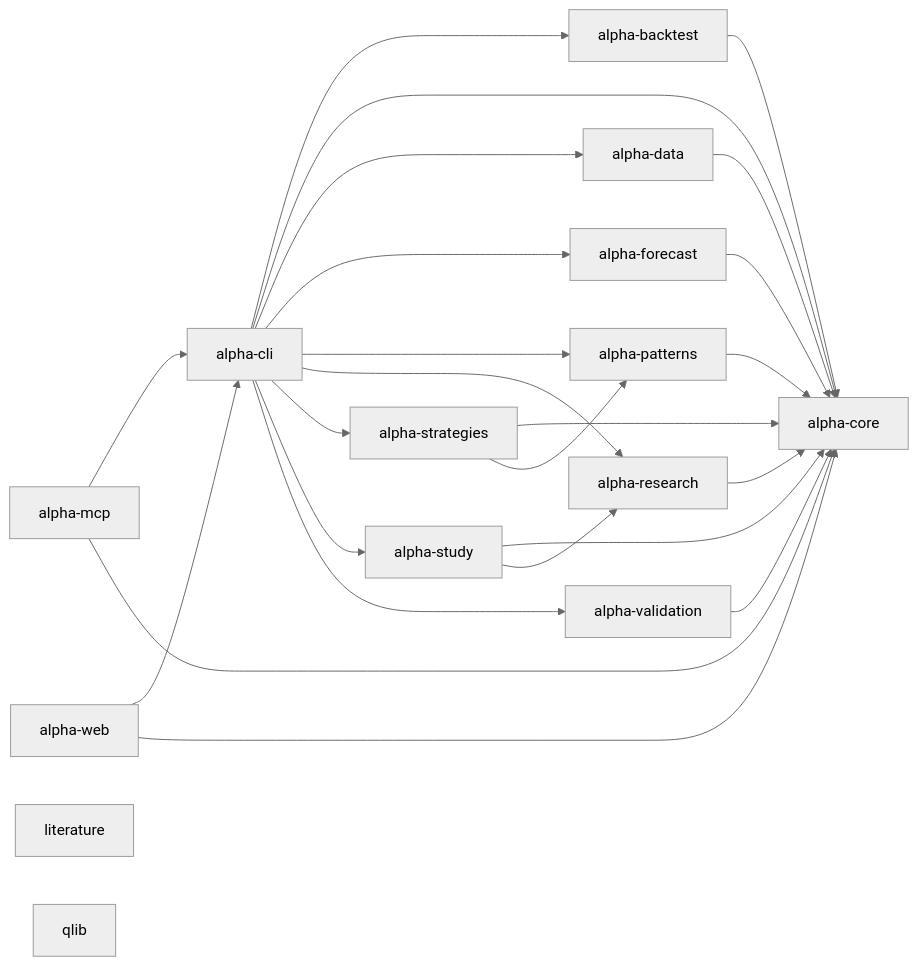
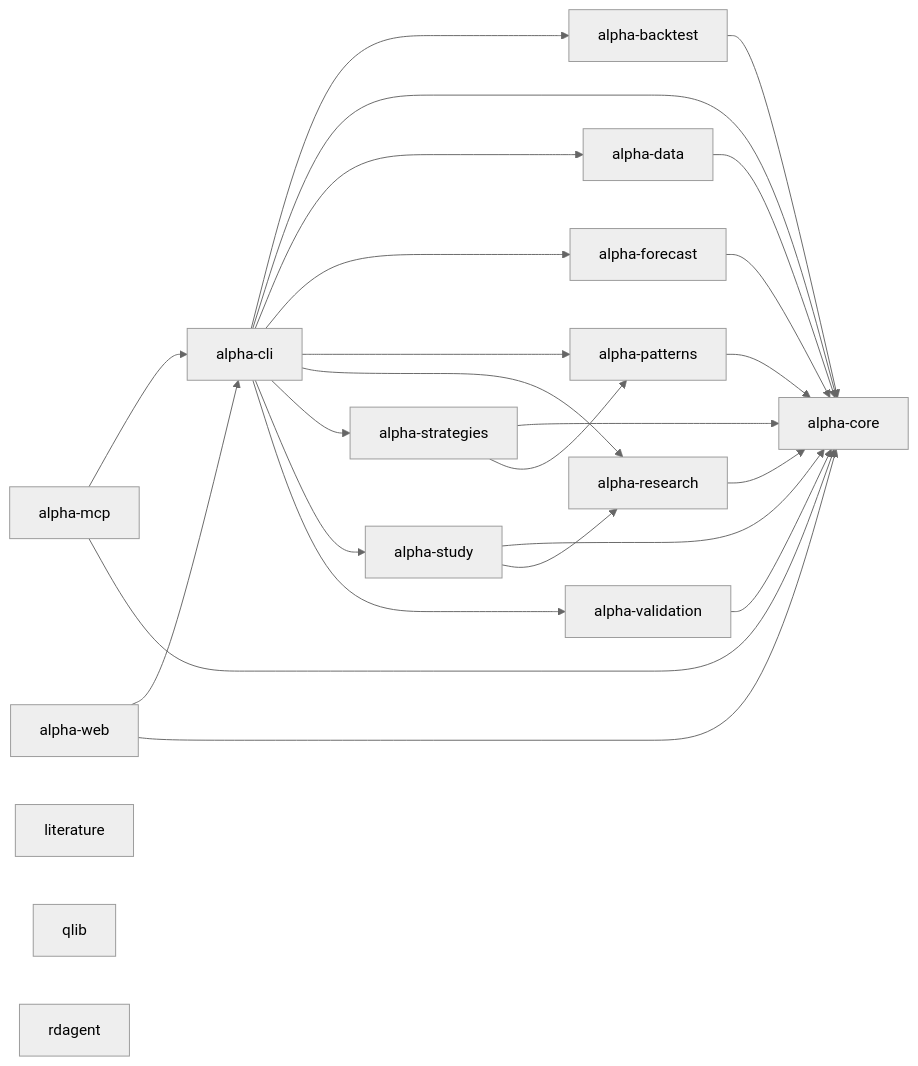
Before and after one commit to tradingsystem1880-eng/Project-ALPHA: the diagram in docs/atlas/system-map.md, drawn with Mermaid (neutral theme). The commit also changed other lines of this file and 180 other files, not shown here.

````diff
--- a/docs/atlas/system-map.md
+++ b/docs/atlas/system-map.md
@@ -8,40 +8,41 @@
 ```mermaid
 flowchart LR
     n0["alpha-backtest"]
     n1["alpha-cli"]
     n2["alpha-core"]
     n3["alpha-data"]
     n4["alpha-forecast"]
     n5["alpha-mcp"]
     n6["alpha-patterns"]
     n7["alpha-research"]
     n8["alpha-strategies"]
     n9["alpha-study"]
     n10["alpha-validation"]
     n11["alpha-web"]
     n12["literature"]
     n13["qlib"]
+    n14["rdagent"]
     n0 --> n2
     n1 --> n0
     n1 --> n2
     n1 --> n3
     n1 --> n4
     n1 --> n6
     n1 --> n7
     n1 --> n8
     n1 --> n9
     n1 --> n10
     n3 --> n2
     n4 --> n2
     n5 --> n1
     n5 --> n2
     n6 --> n2
     n7 --> n2
     n8 --> n2
     n8 --> n6
     n9 --> n2
     n9 --> n7
     n10 --> n2
     n11 --> n1
     n11 --> n2
 ```
````
